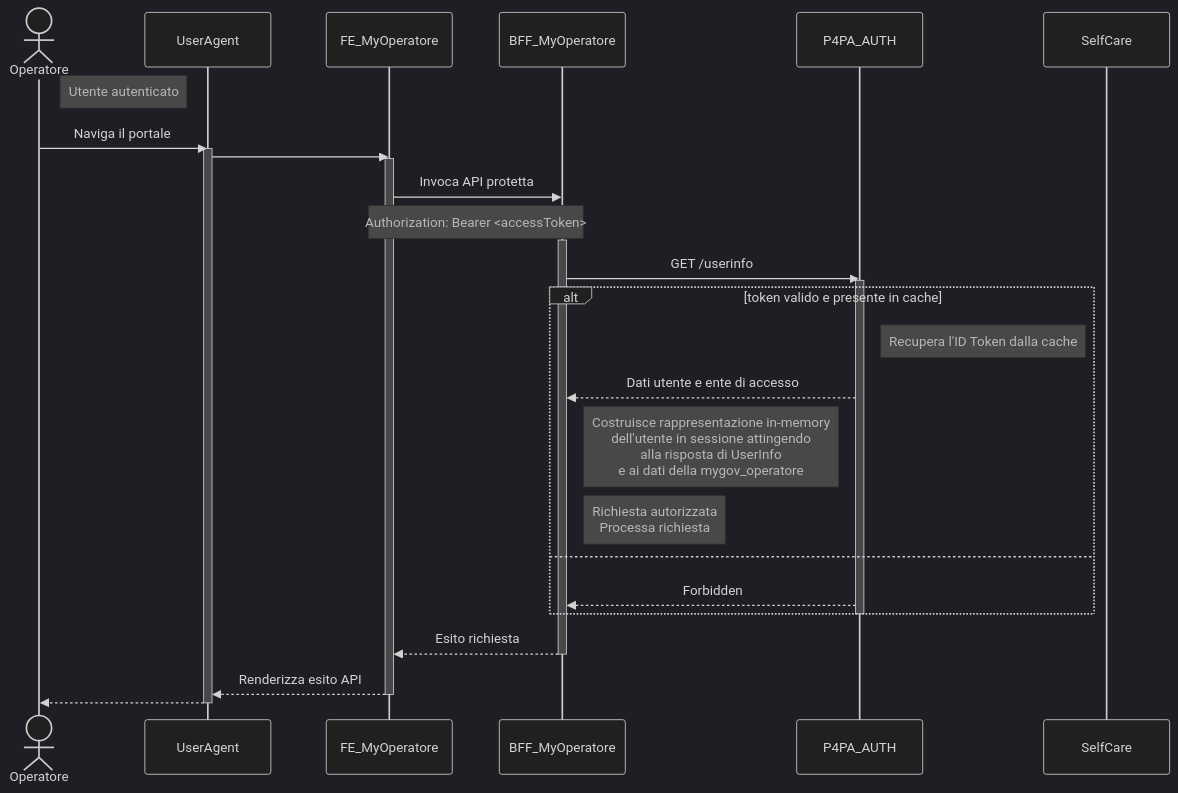
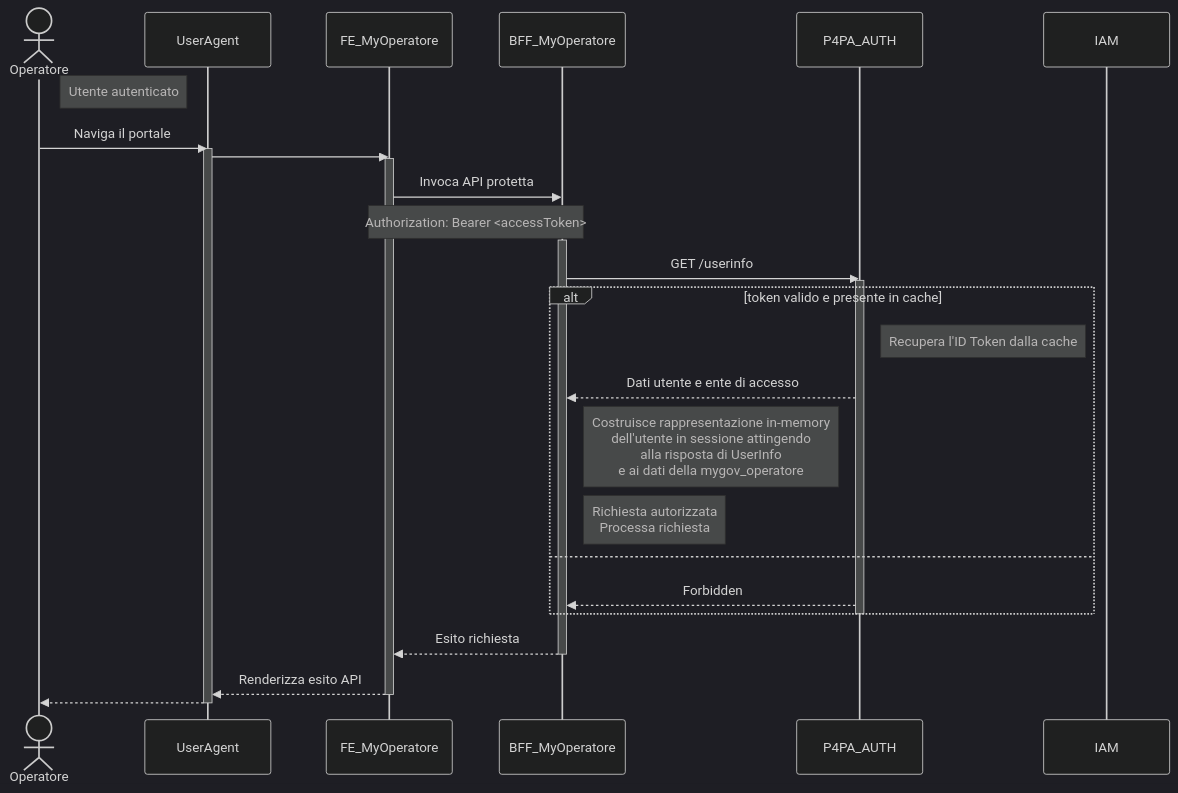
The diagram in design/auth/sequence_validateSession.mmd (pagopa/p4pa-doc), drawn with Mermaid (dark theme) before and after one commit. The commit also changed 2 other files, not shown here.

```diff
--- a/design/auth/sequence_validateSession.mmd
+++ b/design/auth/sequence_validateSession.mmd
@@ -1,38 +1,38 @@
 sequenceDiagram
     actor Operatore
     participant UserAgent
     participant FE as FE_MyOperatore
     participant BFF as BFF_MyOperatore
     participant AUTH as P4PA_AUTH
-    participant SelfCare
+    participant IAM
 
     note right of Operatore: Utente autenticato
 
     Operatore ->> UserAgent: Naviga il portale
 
     activate UserAgent
         UserAgent ->> FE: #
         activate FE
             FE ->> BFF: Invoca API protetta
             note over FE, BFF: Authorization: Bearer <accessToken>
 
             activate BFF
                 BFF ->> AUTH: GET /userinfo
                 activate AUTH
                     alt token valido e presente in cache
                         note right of AUTH: Recupera l'ID Token dalla cache
                         AUTH -->> BFF: Dati utente e ente di accesso
                         note right of BFF: Costruisce rappresentazione in-memory<BR />dell'utente in sessione attingendo<BR />alla risposta di UserInfo<BR />e ai dati della mygov_operatore
                         note right of BFF: Richiesta autorizzata<BR />Processa richiesta
                     else
                         AUTH -->> BFF: Forbidden
                     end
                 deactivate AUTH
 
                 BFF -->> FE: Esito richiesta
             deactivate BFF
 
             FE -->> UserAgent: Renderizza esito API
         deactivate FE
         UserAgent -->> Operatore: #
     deactivate UserAgent
```
